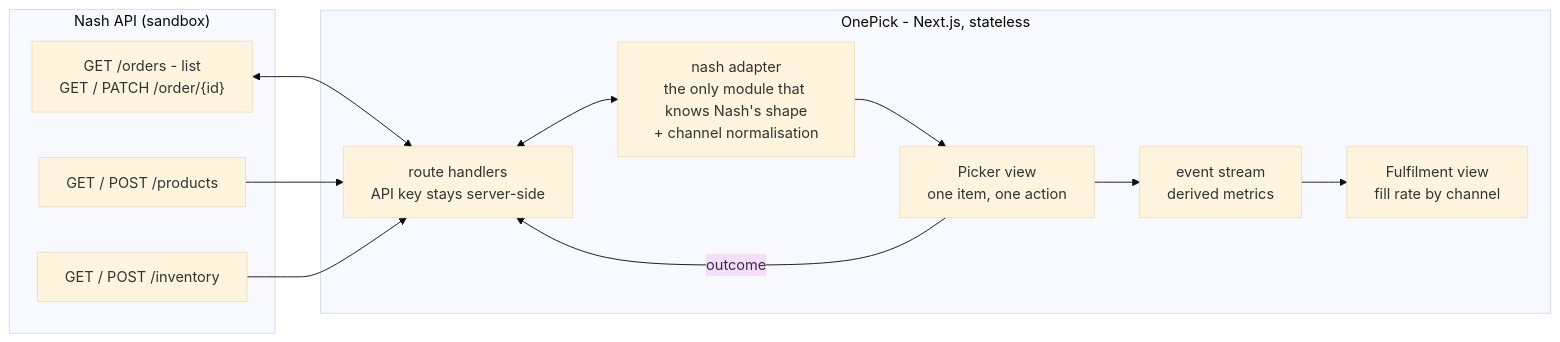
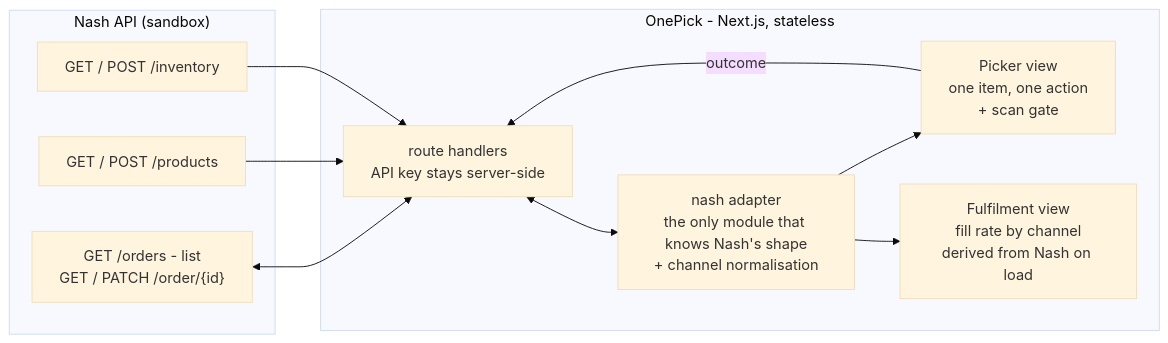
Before and after one commit to shawn-dsz/nash-picker: the diagram in docs/ARCHITECTURE.md, drawn with Mermaid (base theme). The commit also changed other lines of this file, not shown here.

First line of the commit message:
docs(architecture): correct the write path, and stop describing an app that does not exist

````diff
--- a/docs/ARCHITECTURE.md
+++ b/docs/ARCHITECTURE.md
@@ -13,24 +13,23 @@
 ```mermaid
 flowchart LR
   subgraph nash["Nash API (sandbox)"]
     orders["GET /orders - list<br/>GET / PATCH /order/{id}"]
     prod["GET / POST /products"]
     inv["GET / POST /inventory"]
   end
 
   subgraph app["OnePick - Next.js, stateless"]
     route["route handlers<br/>API key stays server-side"]
     adapter["nash adapter<br/>the only module that knows Nash's shape<br/>+ channel normalisation"]
-    picker["Picker view<br/>one item, one action"]
-    ops["Fulfilment view<br/>fill rate by channel"]
-    events["event stream<br/>derived metrics"]
+    picker["Picker view<br/>one item, one action<br/>+ scan gate"]
+    ops["Fulfilment view<br/>fill rate by channel<br/>derived from Nash on load"]
   end
 
   orders <--> route
   prod --> route
   inv --> route
   route <--> adapter
   adapter --> picker
   picker -- "outcome" --> route
-  picker --> events --> ops
+  adapter --> ops
 ```
````
